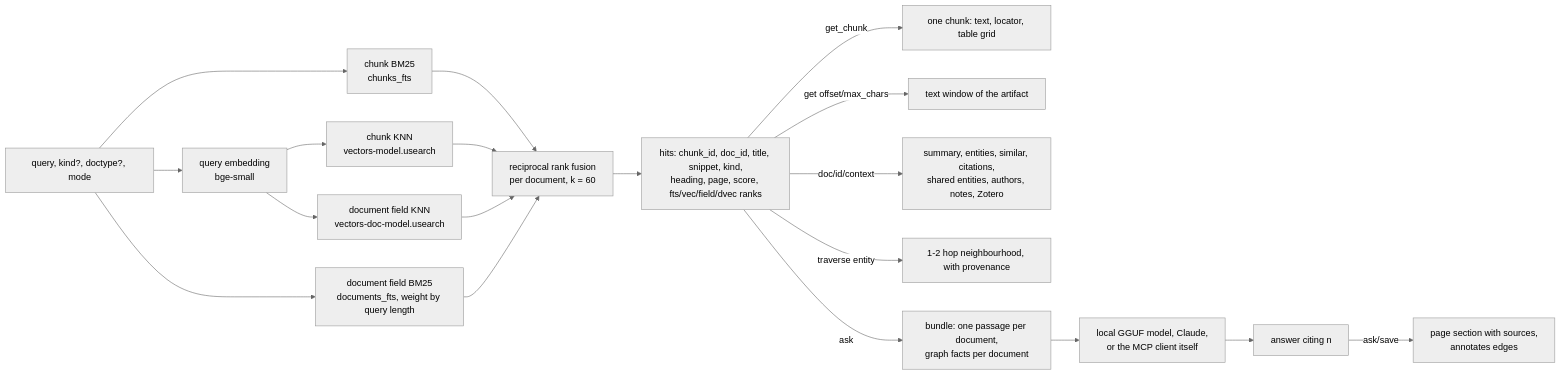
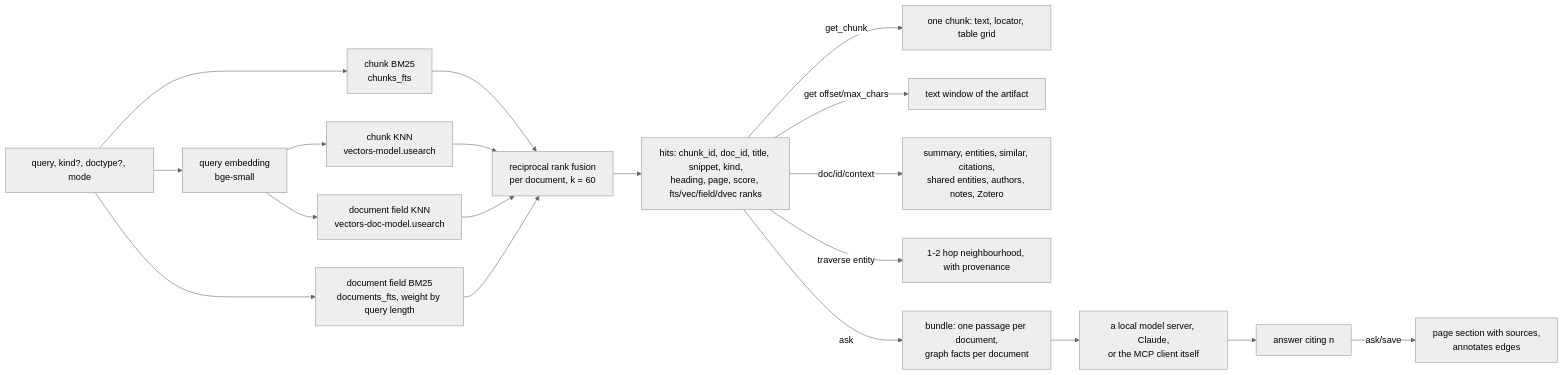
The third of 3 diagrams in docs/architecture.md (lodsb/prax), drawn with Mermaid (neutral theme) before and after one commit. The commit also changed other lines of this file and 16 other files, not shown here.

First line of the commit message:
refactor: a local model always runs in llama-server; the in-process llama.cpp binding is gone

````diff
--- a/docs/architecture.md
+++ b/docs/architecture.md
@@ -153,17 +153,17 @@
 ```mermaid
 flowchart LR
   Q[query, kind?, doctype?, mode] --> FTS[chunk BM25<br/>chunks_fts]
   Q --> QE[query embedding<br/>bge-small] --> KNN[chunk KNN<br/>vectors-model.usearch]
   Q --> DF[document field BM25<br/>documents_fts, weight by query length]
   QE --> DK[document field KNN<br/>vectors-doc-model.usearch]
   FTS --> RRF[reciprocal rank fusion<br/>per document, k = 60]
   KNN --> RRF
   DF --> RRF
   DK --> RRF
   RRF --> H[hits: chunk_id, doc_id, title, snippet, kind,<br/>heading, page, score, fts/vec/field/dvec ranks]
   H -->|get_chunk| C[one chunk: text, locator, table grid]
   H -->|get offset/max_chars| T[text window of the artifact]
   H -->|doc/id/context| X[summary, entities, similar, citations,<br/>shared entities, authors, notes, Zotero]
   H -->|traverse entity| G[1-2 hop neighbourhood, with provenance]
-  H -->|ask| B[bundle: one passage per document,<br/>graph facts per document] --> M[local GGUF model, Claude,<br/>or the MCP client itself] --> A[answer citing n] -->|ask/save| P[page section with sources,<br/>annotates edges]
+  H -->|ask| B[bundle: one passage per document,<br/>graph facts per document] --> M[a local model server, Claude,<br/>or the MCP client itself] --> A[answer citing n] -->|ask/save| P[page section with sources,<br/>annotates edges]
 ```
````
